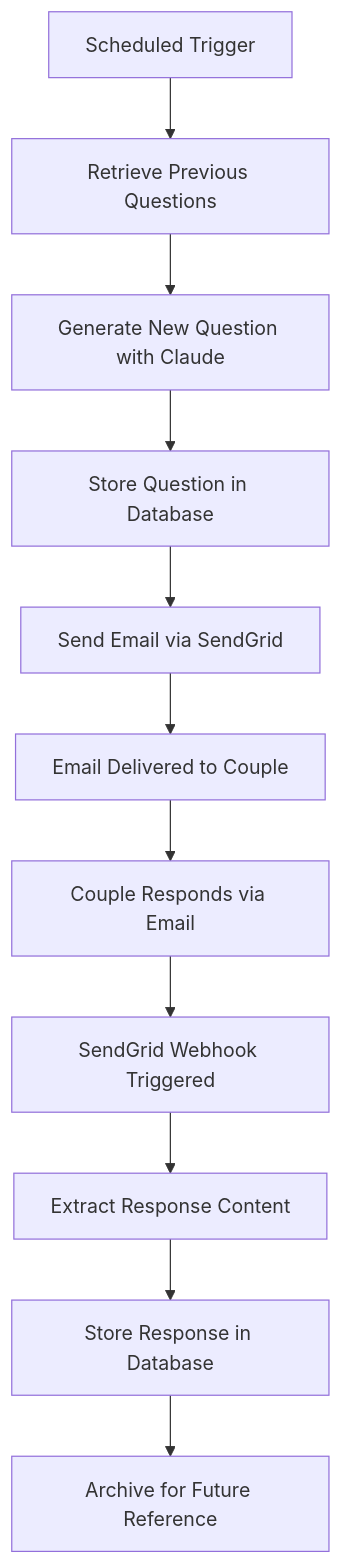
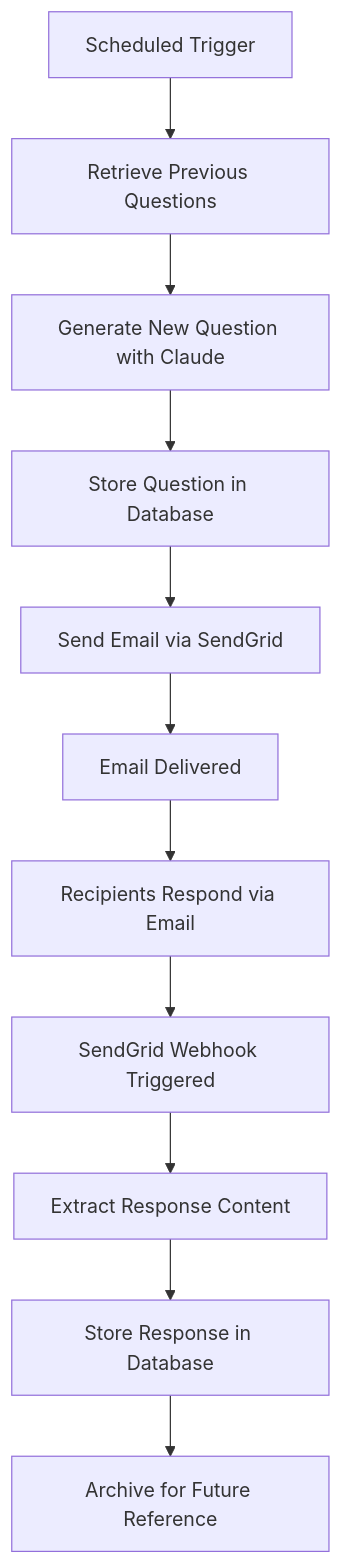
The first of 2 diagrams in README.md (brayden-s-haws/collab-email-journal), drawn with Mermaid before and after one commit. The commit also changed other lines of this file, not shown here.

````diff
--- a/README.md
+++ b/README.md
@@ -24,13 +24,13 @@
 ```mermaid
 graph TD
     A[Scheduled Trigger] --> B[Retrieve Previous Questions]
     B --> C[Generate New Question with Claude]
     C --> D[Store Question in Database]
     D --> E[Send Email via SendGrid]
-    E --> F[Email Delivered to Couple]
-    F --> G[Couple Responds via Email]
+    E --> F[Email Delivered]
+    F --> G[Recipients Respond via Email]
     G --> H[SendGrid Webhook Triggered]
     H --> I[Extract Response Content]
     I --> J[Store Response in Database]
     J --> K[Archive for Future Reference]
 ```
````
